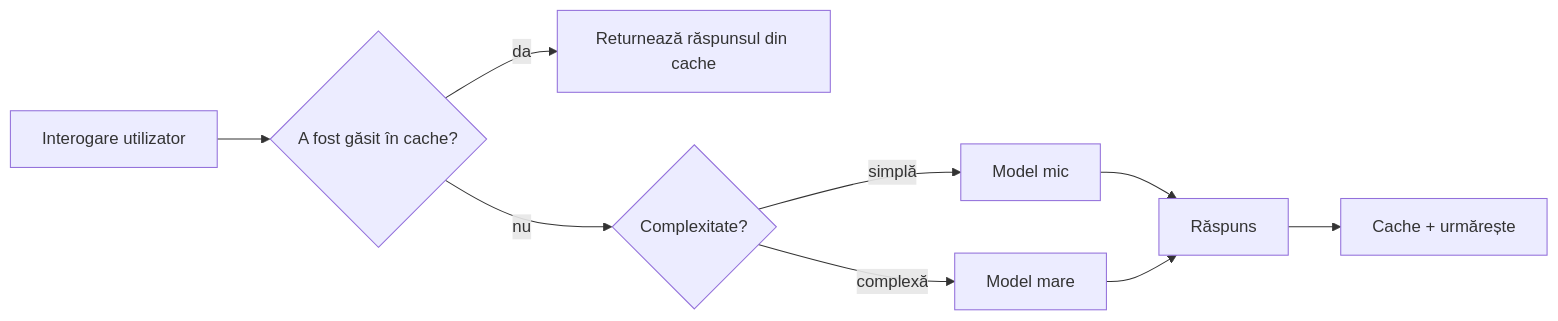
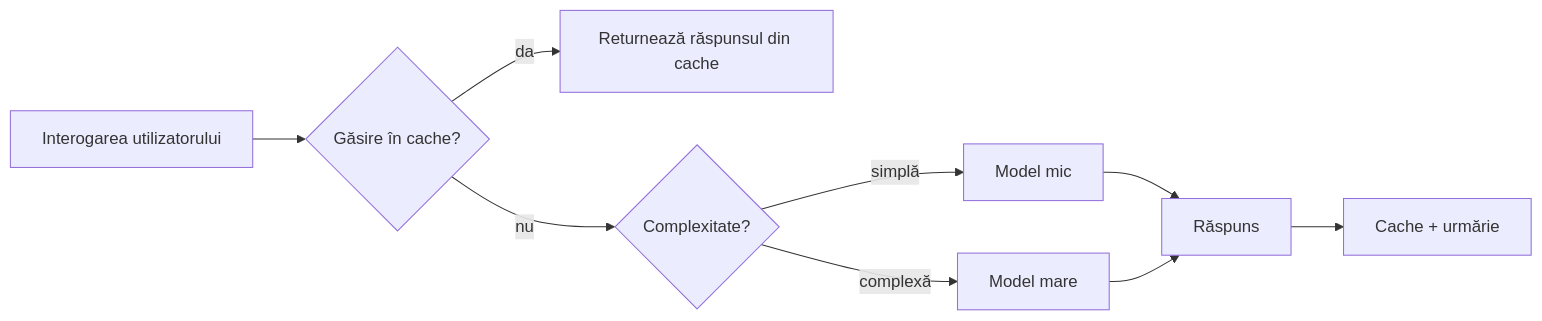
Before and after one commit to gabrielmoreira/agent-skills-mirror: the third of 4 diagrams in mirrors/repos/microsoft@ai-agents-for-beginners/translations/ro/16-deploying-scalable-agents/README.md, drawn with Mermaid. The commit also changed other lines of this file and 3581 other files, not shown here.

````diff
--- a/mirrors/repos/microsoft@ai-agents-for-beginners/translations/ro/16-deploying-scalable-agents/README.md
+++ b/mirrors/repos/microsoft@ai-agents-for-beginners/translations/ro/16-deploying-scalable-agents/README.md
@@ -134,11 +134,11 @@
 ```mermaid
 flowchart LR
-    Q[Interogare utilizator] --> C{A fost găsit în cache?}
+    Q[Interogarea utilizatorului] --> C{Găsire în cache?}
     C -->|da| R[Returnează răspunsul din cache]
     C -->|nu| Router{Complexitate?}
     Router -->|simplă| SLM[Model mic]
     Router -->|complexă| LLM[Model mare]
     SLM --> Out[Răspuns]
     LLM --> Out
-    Out --> Store[Cache + urmărește]
+    Out --> Store[Cache + urmărie]
 ```
````
